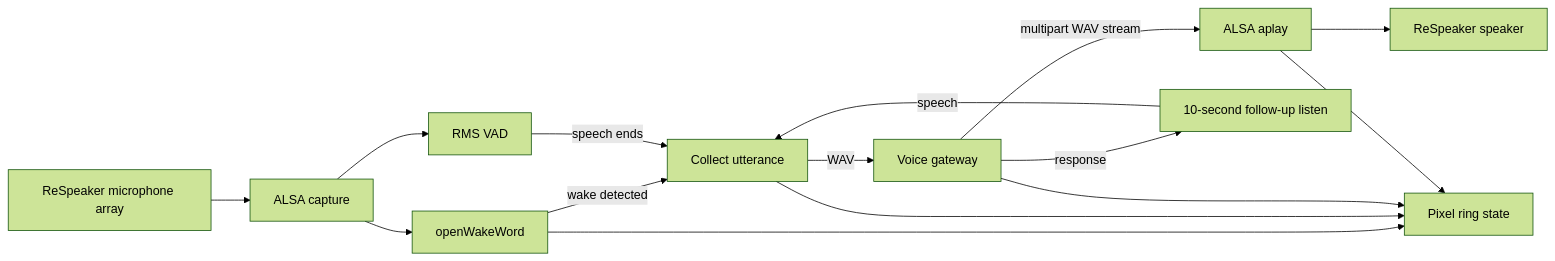
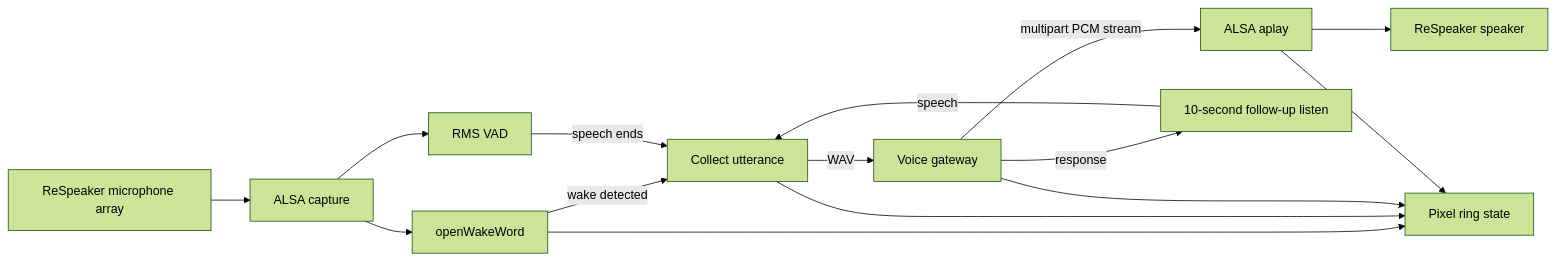
Before and after one commit to PetoAdam/homenavi-voice-satellite: the diagram in README.md, drawn with Mermaid (forest theme). The commit also changed other lines of this file, not shown here.

Commit message:
docs: describe streamed PCM playback

````diff
--- a/README.md
+++ b/README.md
@@ -9,17 +9,17 @@
 ```mermaid
 flowchart LR
 	Mic[ReSpeaker microphone array] --> Capture[ALSA capture]
 	Capture --> Wake[openWakeWord]
 	Capture --> VAD[RMS VAD]
 	Wake -->|wake detected| Listen[Collect utterance]
 	VAD -->|speech ends| Listen
 	Listen -->|WAV| Gateway[Voice gateway]
-	Gateway -->|multipart WAV stream| Playback[ALSA aplay]
+	Gateway -->|multipart PCM stream| Playback[ALSA aplay]
 	Playback --> Speaker[ReSpeaker speaker]
 	Wake --> LEDs[Pixel ring state]
 	Listen --> LEDs
 	Gateway --> LEDs
 	Playback --> LEDs
 	Gateway -->|response| FollowUp[10-second follow-up listen]
 	FollowUp -->|speech| Listen
 ```
````
